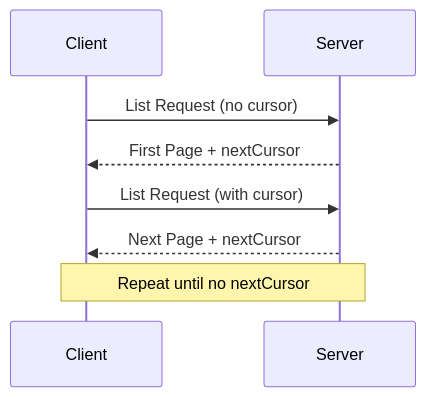
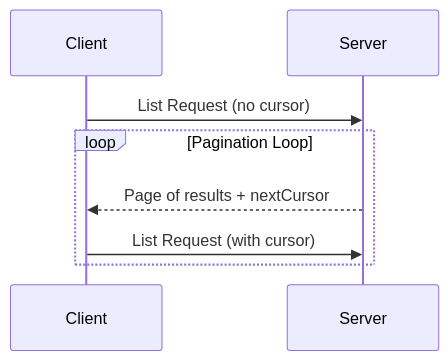
One commit to zcstarr/modelcontextprotocol changed the diagram in docs/specification/basic/utilities/pagination.md. Above: the diagram before and after it, drawn with Mermaid. The commit also changed other lines of this file, not shown here.

````diff
--- a/docs/specification/basic/utilities/pagination.md
+++ b/docs/specification/basic/utilities/pagination.md
@@ -52,11 +53,11 @@
 ```mermaid
 sequenceDiagram
     participant Client
     participant Server
 
     Client->>Server: List Request (no cursor)
-    Server-->>Client: First Page + nextCursor
-    Client->>Server: List Request (with cursor)
-    Server-->>Client: Next Page + nextCursor
-    Note over Client,Server: Repeat until no nextCursor
+    loop Pagination Loop
+      Server-->>Client: Page of results + nextCursor
+      Client->>Server: List Request (with cursor)
+    end
 ```
````
